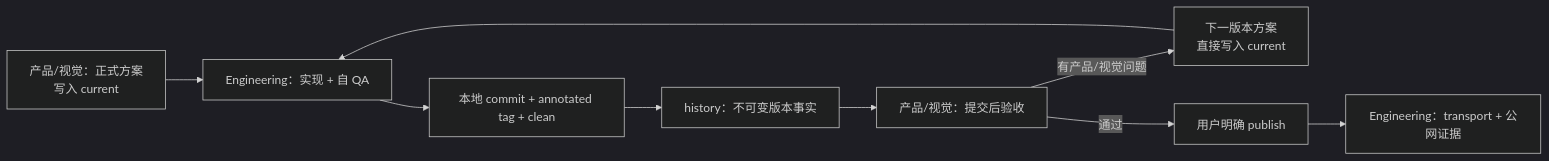
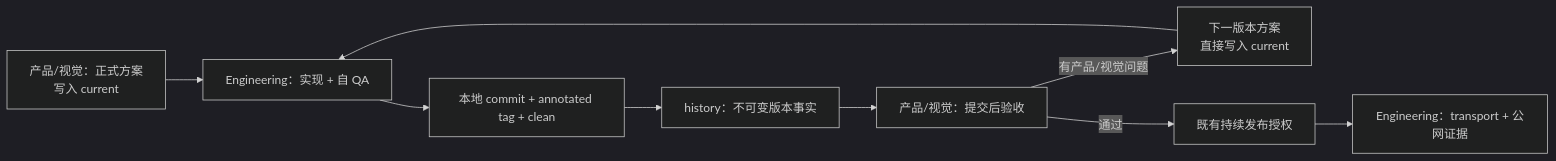
One commit to Chizheng4/xingbuild changed the first of 2 diagrams in docs/rules/responsibility-and-workflows.md. Above: the diagram before and after it, drawn with Mermaid (dark theme). The commit also changed other lines of this file and 10 other files, not shown here.

````diff
--- a/docs/rules/responsibility-and-workflows.md
+++ b/docs/rules/responsibility-and-workflows.md
@@ -24,11 +24,11 @@
 ```mermaid
 flowchart LR
     A["产品/视觉：正式方案\n写入 current"] --> B["Engineering：实现 + 自 QA"]
     B --> C["本地 commit + annotated tag + clean"]
     C --> D["history：不可变版本事实"]
     D --> E["产品/视觉：提交后验收"]
     E -->|有产品/视觉问题| F["下一版本方案\n直接写入 current"]
     F --> B
-    E -->|通过| G["用户明确 publish"]
+    E -->|通过| G["既有持续发布授权"]
     G --> H["Engineering：transport + 公网证据"]
 ```
````
